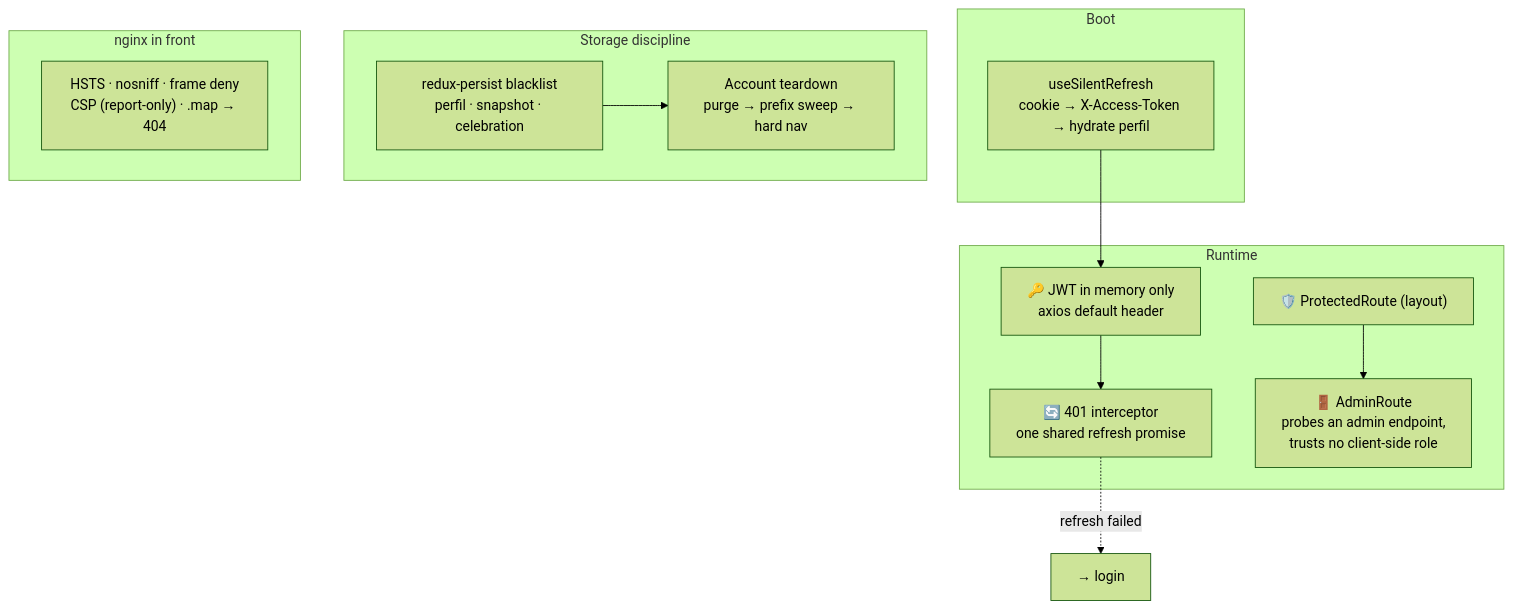
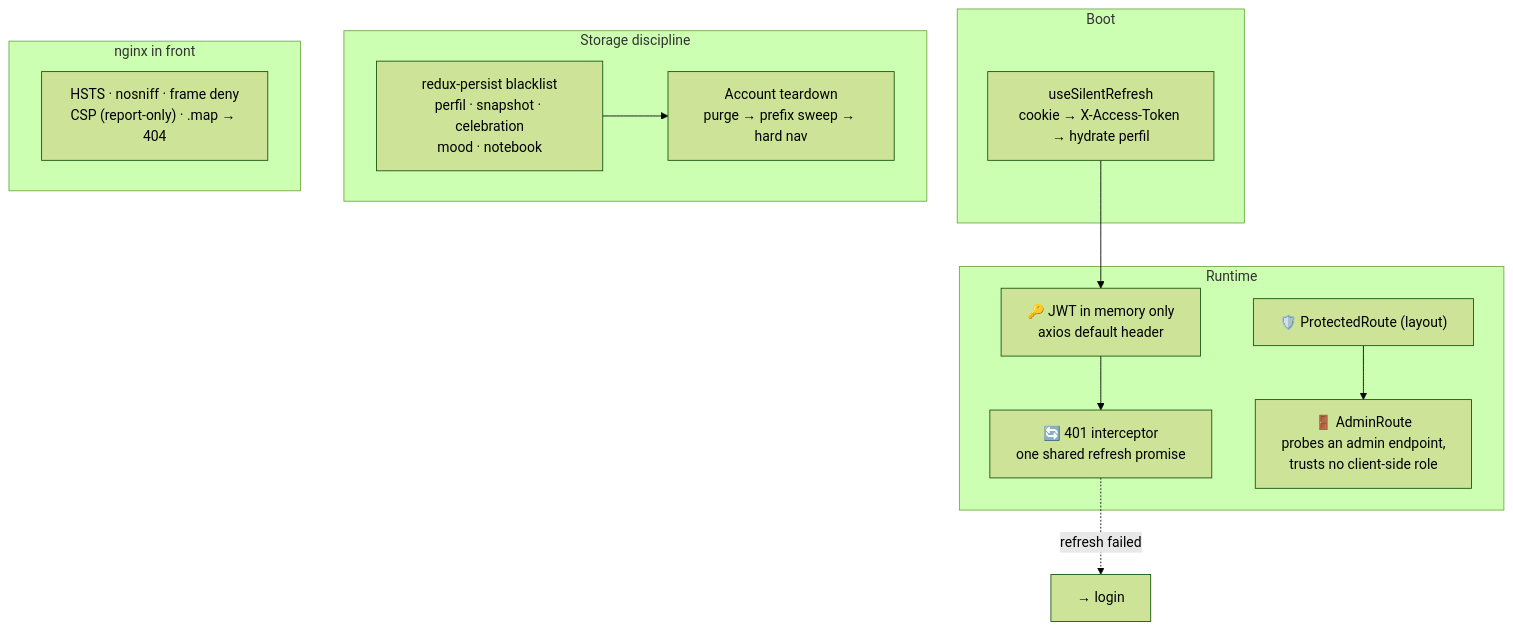
The diagram in architecture/ui-security/diagram.mmd (AndDev741/Beyou-arch-design), drawn with Mermaid (forest theme) before and after one commit. The commit also changed 39 other files, not shown here.

```diff
--- a/architecture/ui-security/diagram.mmd
+++ b/architecture/ui-security/diagram.mmd
@@ -1,26 +1,26 @@
 flowchart TD
   subgraph boot["Boot"]
     SR["useSilentRefresh<br/>cookie → X-Access-Token → hydrate perfil"]
   end
 
   subgraph runtime["Runtime"]
     MEM["🔑 JWT in memory only<br/>axios default header"]
     INT["🔄 401 interceptor<br/>one shared refresh promise"]
     PR["🛡️ ProtectedRoute (layout)"]
     AR["🚪 AdminRoute<br/>probes an admin endpoint,<br/>trusts no client-side role"]
   end
 
   subgraph storage["Storage discipline"]
-    BL["redux-persist blacklist<br/>perfil · snapshot · celebration"]
+    BL["redux-persist blacklist<br/>perfil · snapshot · celebration<br/>mood · notebook"]
     TD["Account teardown<br/>purge → prefix sweep → hard nav"]
   end
 
   subgraph edge["nginx in front"]
     HDR["HSTS · nosniff · frame deny<br/>CSP (report-only) · .map → 404"]
   end
 
   SR --> MEM
   MEM --> INT
   PR --> AR
   INT -.->|"refresh failed"| LOGIN["→ login"]
   BL --> TD
```
